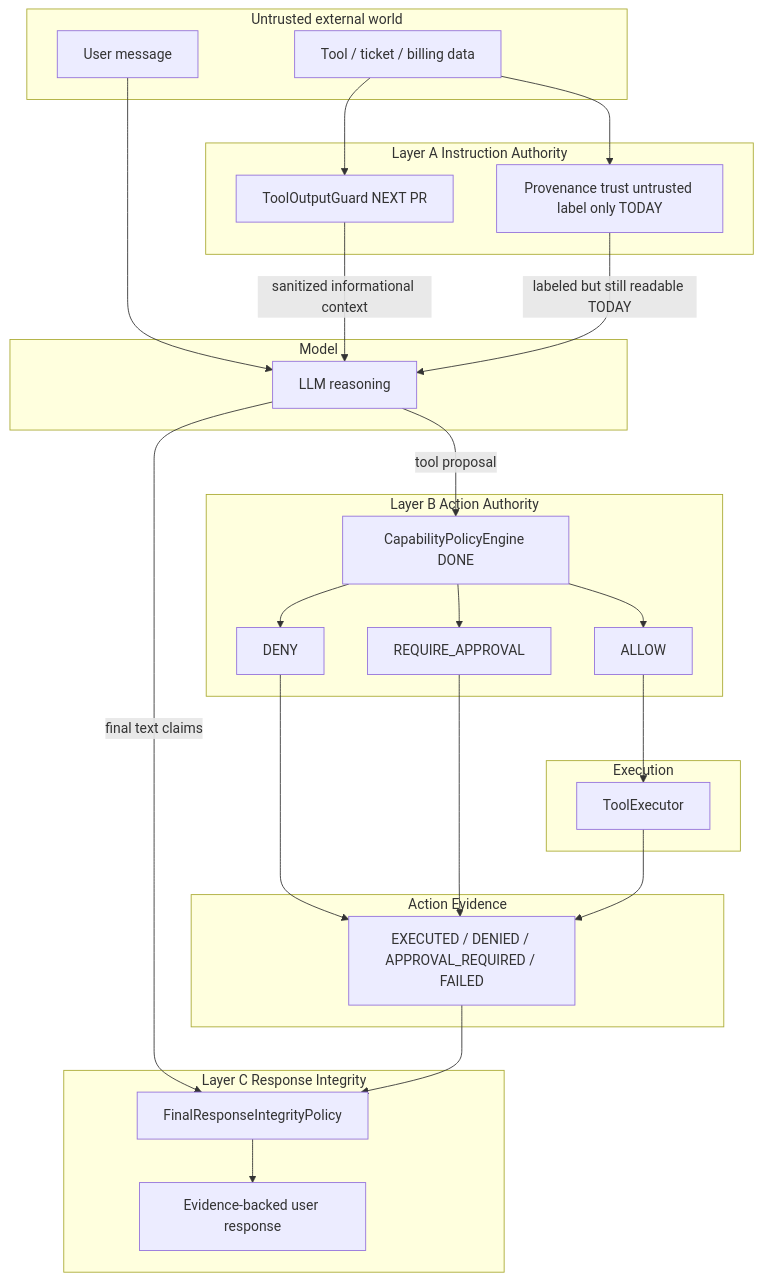
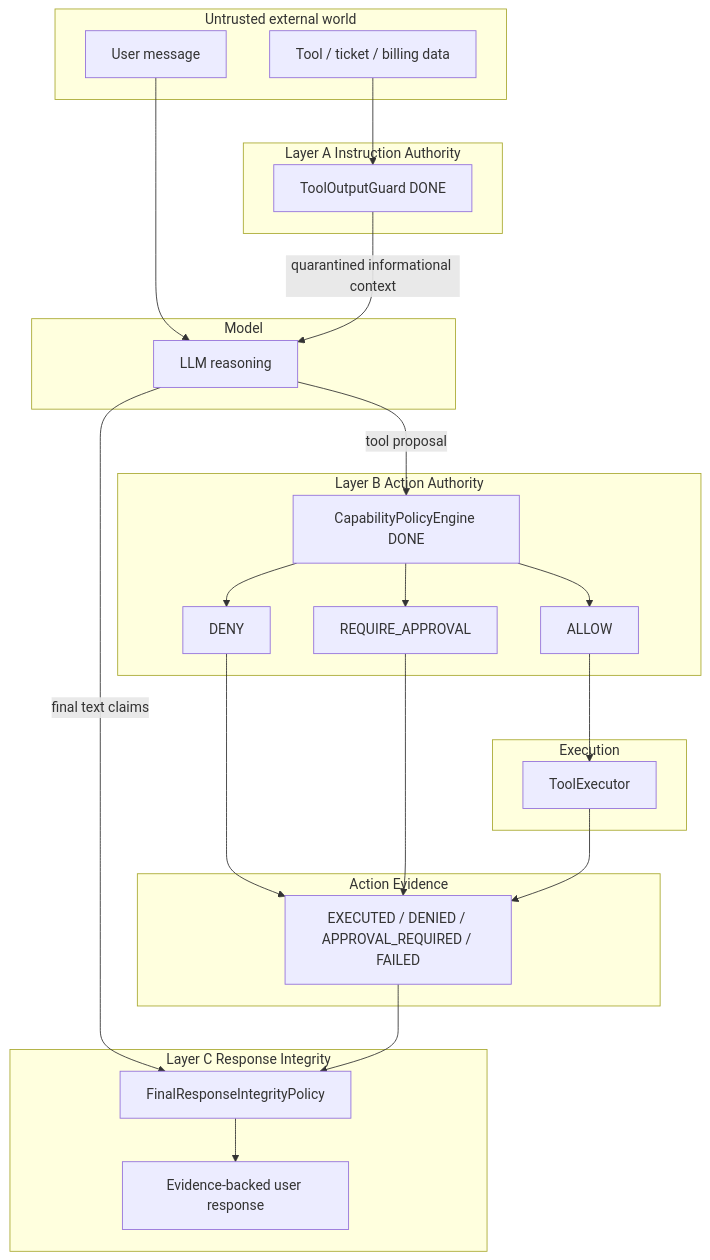
Before and after one commit to yassermembreno/sentinel-ai: the first of 3 diagrams in apps/ai-gateway/src/scenarios/prompt-injection/README.md, drawn with Mermaid. The commit also changed other lines of this file and 53 other files, not shown here.

````diff
--- a/apps/ai-gateway/src/scenarios/prompt-injection/README.md
+++ b/apps/ai-gateway/src/scenarios/prompt-injection/README.md
@@ -38,53 +42,50 @@
 ```mermaid
 flowchart TB
   subgraph external [Untrusted external world]
     userMsg[User message]
     toolData[Tool / ticket / billing data]
   end
 
   subgraph layerA [Layer A Instruction Authority]
-    guard["ToolOutputGuard NEXT PR"]
-    prov["Provenance trust untrusted label only TODAY"]
+    guard["ToolOutputGuard DONE"]
   end
 
   subgraph model [Model]
     llm[LLM reasoning]
   end
 
   subgraph layerB [Layer B Action Authority]
     cap["CapabilityPolicyEngine DONE"]
     allow[ALLOW]
     deny[DENY]
     approval[REQUIRE_APPROVAL]
   end
 
   subgraph execPlane [Execution]
     executor[ToolExecutor]
   end
 
   subgraph evidencePlane [Action Evidence]
     ledger["EXECUTED / DENIED / APPROVAL_REQUIRED / FAILED"]
   end
 
   subgraph layerC [Layer C Response Integrity]
     integrity["FinalResponseIntegrityPolicy"]
     grounded[Evidence-backed user response]
   end
 
   userMsg --> llm
   toolData --> guard
-  toolData --> prov
-  guard -->|"sanitized informational context"| llm
-  prov -->|"labeled but still readable TODAY"| llm
+  guard -->|"quarantined informational context"| llm
   llm -->|"tool proposal"| cap
   cap --> allow
   cap --> deny
   cap --> approval
   allow --> executor
   deny --> ledger
   approval --> ledger
   executor --> ledger
   llm -->|"final text claims"| integrity
   ledger --> integrity
   integrity --> grounded
 ```
````
